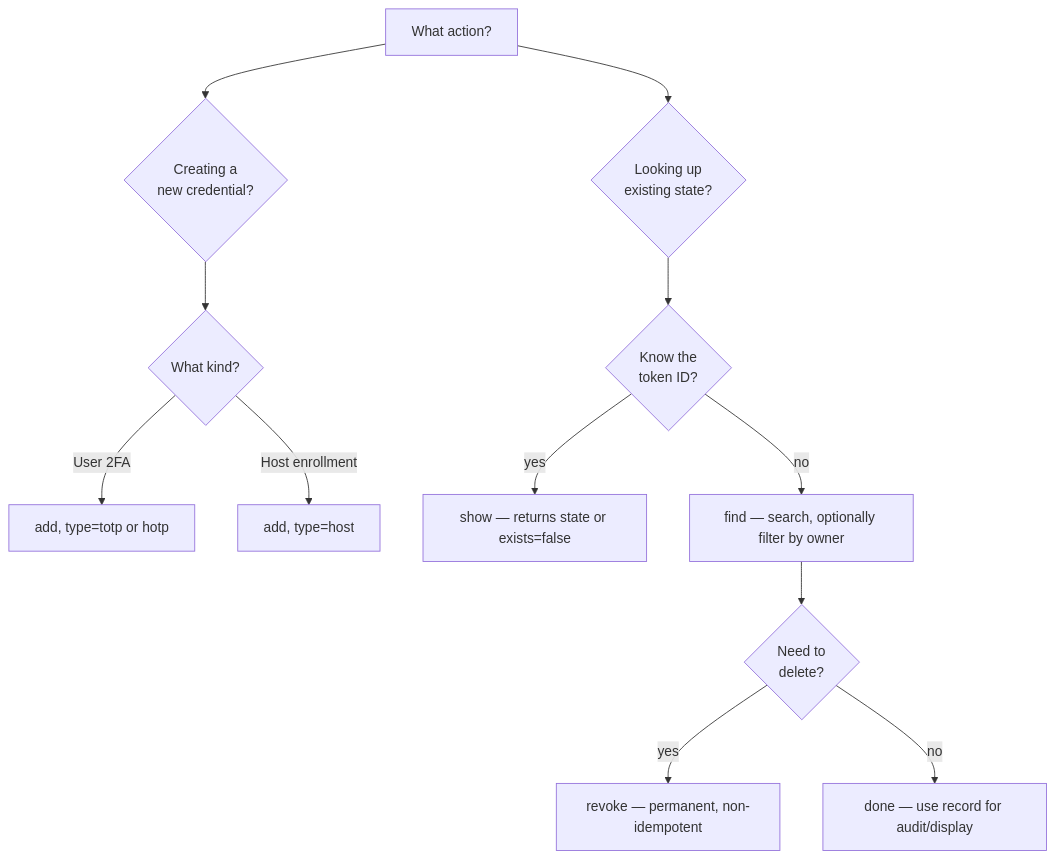
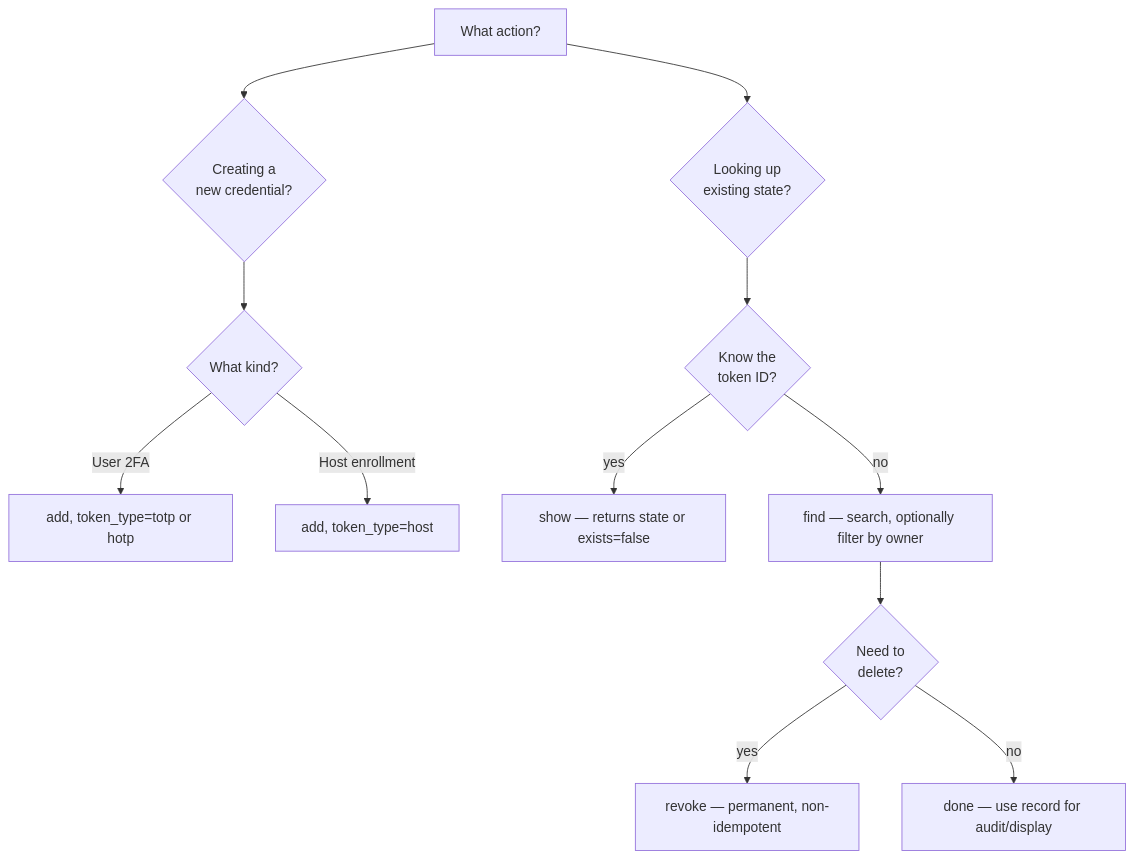
Before and after one commit to gprocunier/eigenstate-ipa: the second of 10 diagrams in docs/otp-capabilities.md, drawn with Mermaid. The commit also changed other lines of this file and 14 other files, not shown here.

````diff
--- a/docs/otp-capabilities.md
+++ b/docs/otp-capabilities.md
@@ -85,22 +85,22 @@
 ```mermaid
 flowchart TD
     q["What action?"]
 
     create{"Creating a\nnew credential?"}
     lookup{"Looking up\nexisting state?"}
 
     q --> create
     q --> lookup
 
     create --> type_q{"What kind?"}
-    type_q -->|"User 2FA"| add_totp["add, type=totp or hotp"]
-    type_q -->|"Host enrollment"| add_host["add, type=host"]
+    type_q -->|"User 2FA"| add_totp["add, token_type=totp or hotp"]
+    type_q -->|"Host enrollment"| add_host["add, token_type=host"]
 
     lookup --> know_id{"Know the\ntoken ID?"}
     know_id -->|yes| show_op["show — returns state or exists=false"]
     know_id -->|no| find_op["find — search, optionally filter by owner"]
 
     find_op --> need_del{"Need to\ndelete?"}
     need_del -->|yes| revoke_op["revoke — permanent, non-idempotent"]
     need_del -->|no| done["done — use record for audit/display"]
 ```
````
